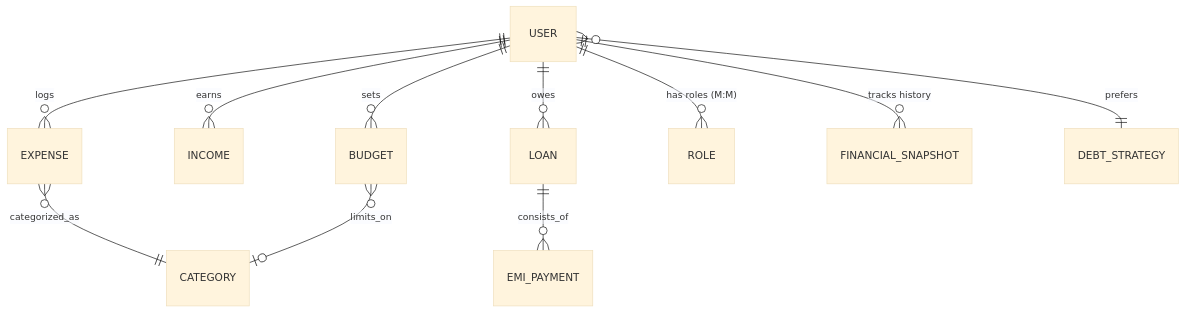
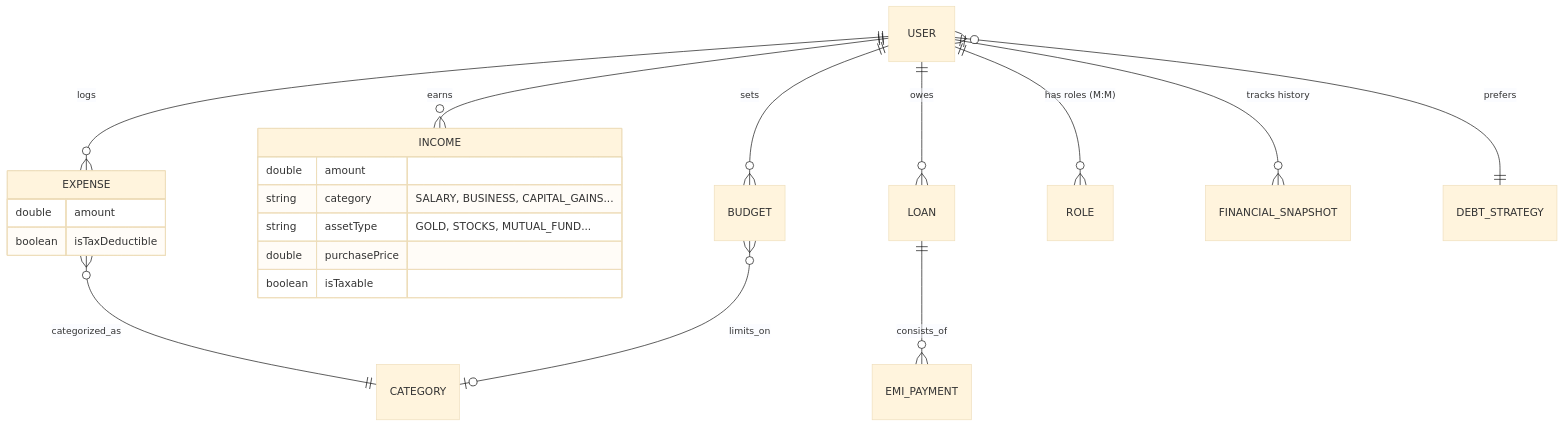
The second of 3 diagrams in README.md (sarangsvkm/smart-expense-frontend), drawn with Mermaid (base theme) before and after one commit. The commit also changed other lines of this file and 17 other files, not shown here.

````diff
--- a/README.md
+++ b/README.md
@@ -72,15 +71,27 @@
 ```mermaid
 erDiagram
     USER ||--o{ EXPENSE : logs
     USER ||--o{ INCOME : earns
     USER ||--o{ LOAN : owes
     USER ||--o{ BUDGET : sets
     USER ||--o{ ROLE : "has roles (M:M)"
     USER ||--o{ FINANCIAL_SNAPSHOT : "tracks history"
     USER }o--|| DEBT_STRATEGY : prefers
 
     EXPENSE }o--|| CATEGORY : categorized_as
     BUDGET }o--|o CATEGORY : limits_on
+    LOAN ||--o{ EMI_PAYMENT : consists_of
 
-    LOAN ||--o{ EMI_PAYMENT : consists_of
+    INCOME {
+        double amount
+        string category "SALARY, BUSINESS, CAPITAL_GAINS..."
+        string assetType "GOLD, STOCKS, MUTUAL_FUND..."
+        double purchasePrice
+        boolean isTaxable
+    }
+
+    EXPENSE {
+        double amount
+        boolean isTaxDeductible
+    }
 ```
````
